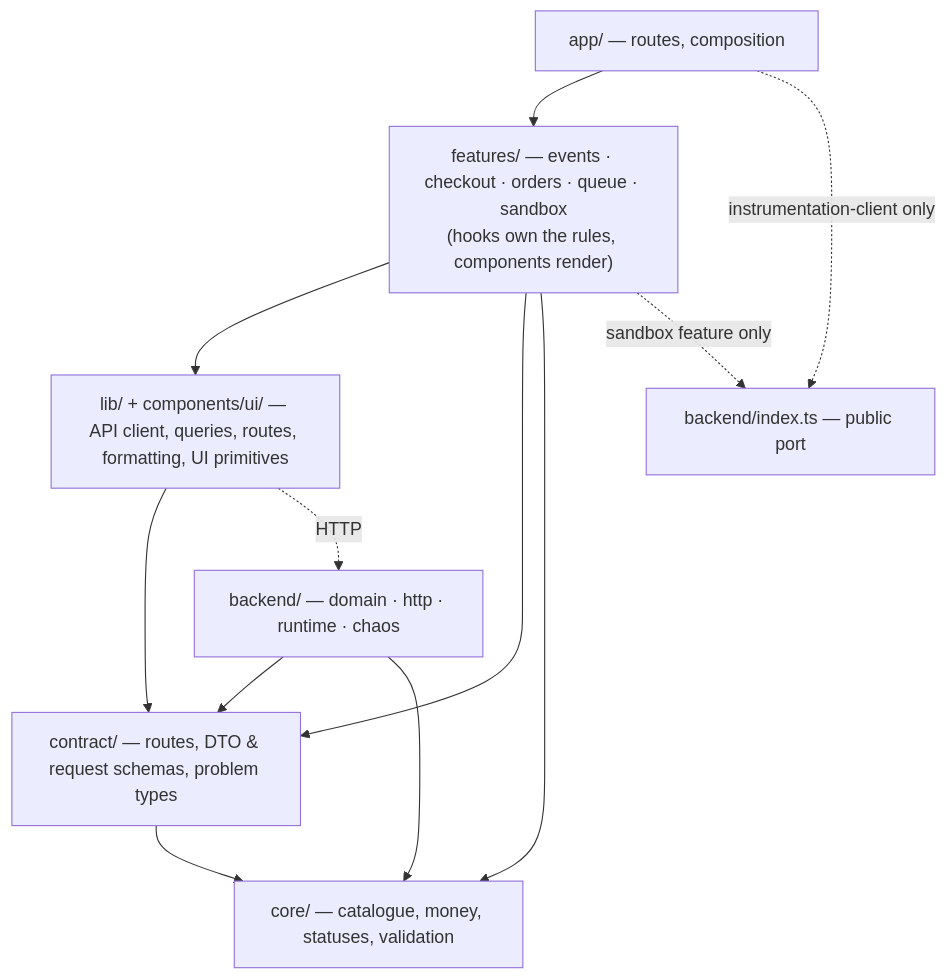
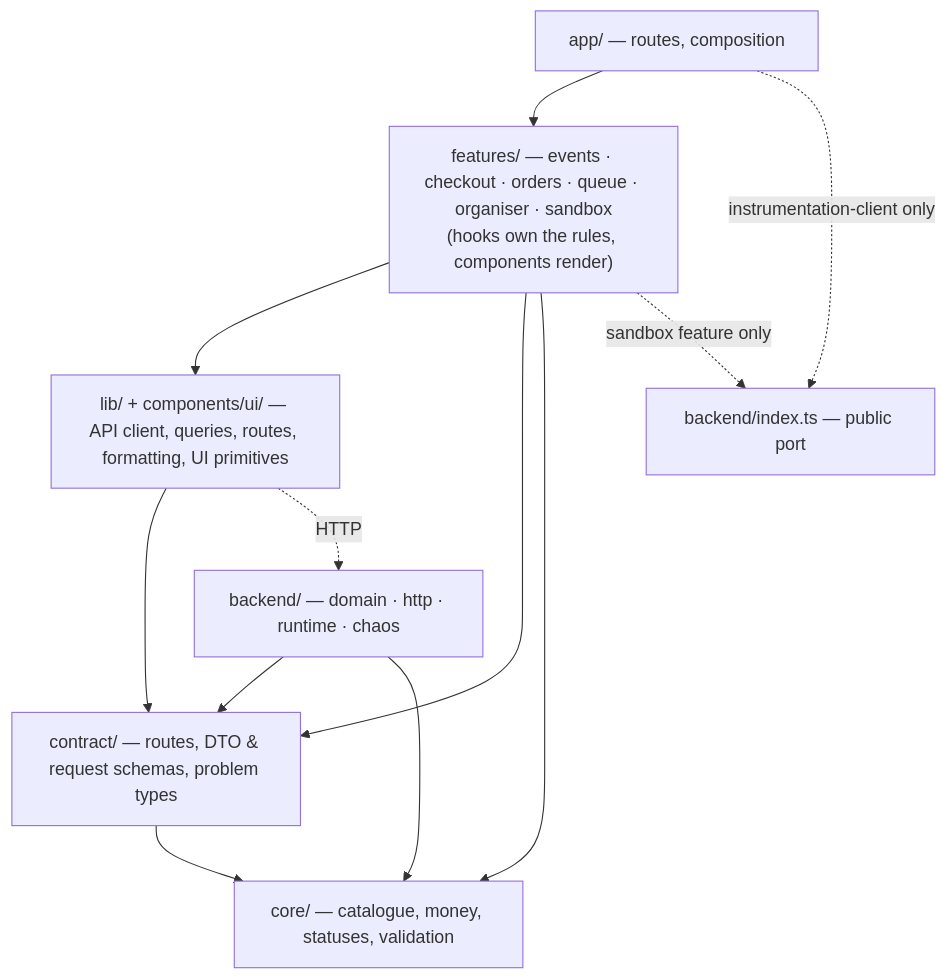
One commit to kzs2501/admit-one changed the third of 4 diagrams in docs/architecture.md. Above: the diagram before and after it, drawn with Mermaid. The commit also changed other lines of this file and 6 other files, not shown here.

````diff
--- a/docs/architecture.md
+++ b/docs/architecture.md
@@ -45,19 +45,19 @@
 ```mermaid
 flowchart TB
   app["app/ — routes, composition"]
-  features["features/ — events · checkout · orders · queue · sandbox\n(hooks own the rules, components render)"]
+  features["features/ — events · checkout · orders · queue · organiser · sandbox\n(hooks own the rules, components render)"]
   shared["lib/ + components/ui/ — API client, queries, routes, formatting, UI primitives"]
   contract["contract/ — routes, DTO & request schemas, problem types"]
   core["core/ — catalogue, money, statuses, validation"]
   backend["backend/ — domain · http · runtime · chaos"]
   port["backend/index.ts — public port"]
 
   app --> features --> shared --> contract --> core
   features --> contract
   features --> core
   backend --> contract
   backend --> core
   features -. "sandbox feature only" .-> port
   app -. "instrumentation-client only" .-> port
   shared -. "HTTP" .-> backend
 ```
````
